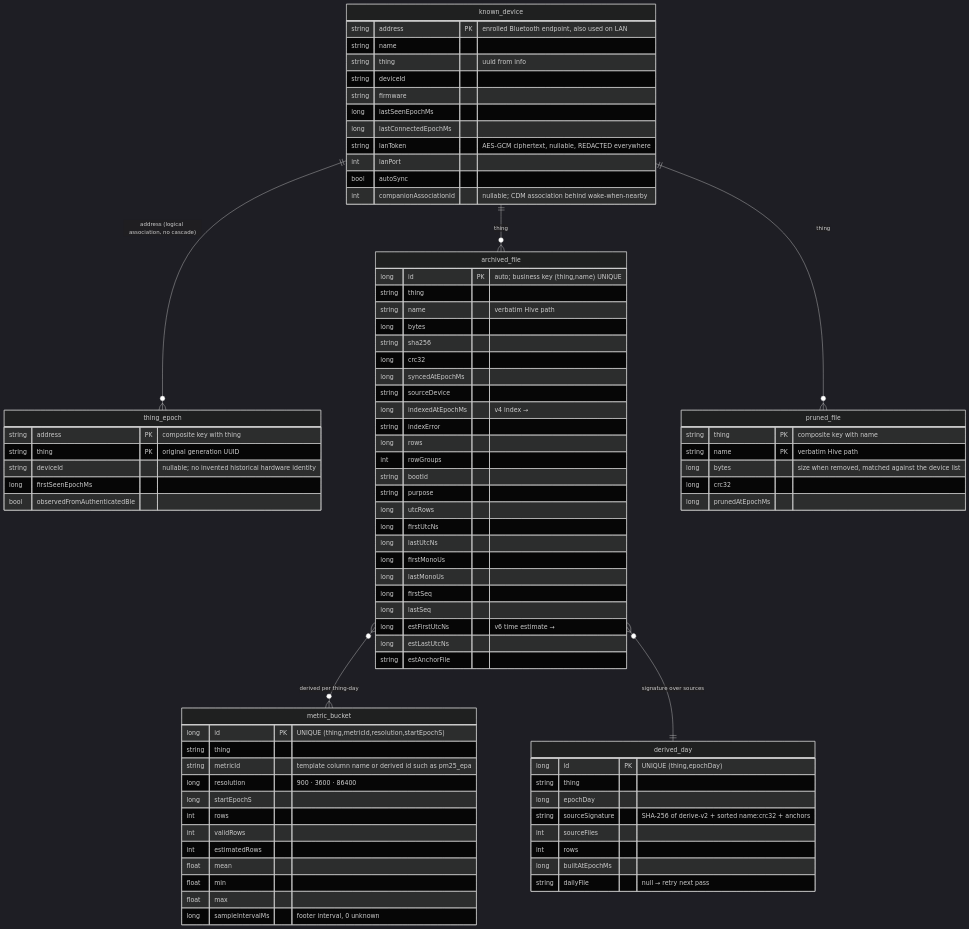
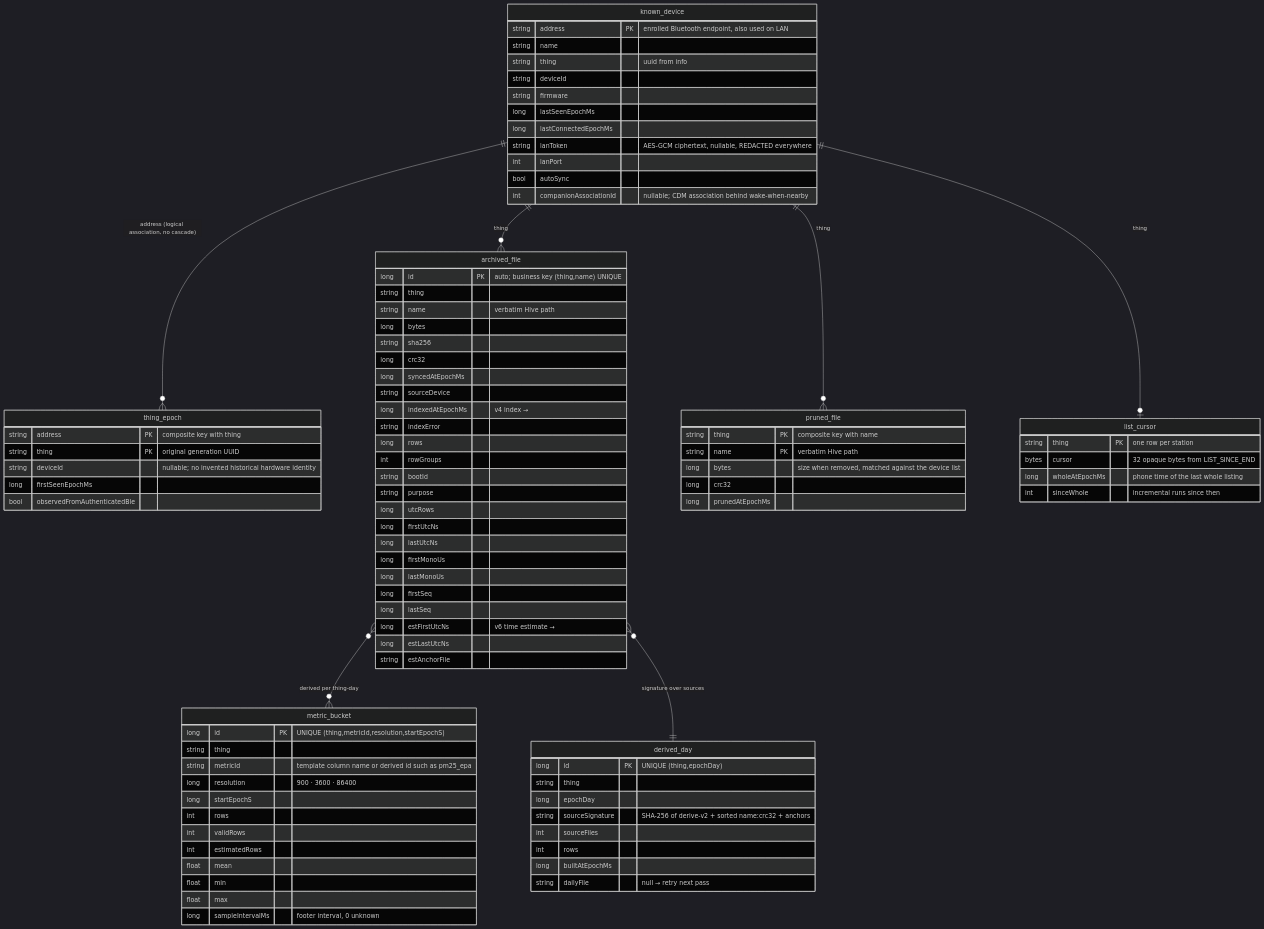
One commit to walkthru-earth/opensensor-space-mobile changed the first of 2 diagrams in docs/data-model.md. Above: the diagram before and after it, drawn with Mermaid (dark theme). The commit also changed other lines of this file and 35 other files, not shown here.

First line of the commit message:
Use the incremental file list when the firmware supports it (#236)

````diff
--- a/docs/data-model.md
+++ b/docs/data-model.md
@@ -106,9 +106,16 @@
     long crc32
     long prunedAtEpochMs
   }
+  list_cursor {
+    string thing PK "one row per station"
+    bytes cursor "32 opaque bytes from LIST_SINCE_END"
+    long wholeAtEpochMs "phone time of the last whole listing"
+    int sinceWhole "incremental runs since then"
+  }
   known_device ||--o{ archived_file : "thing"
   known_device ||--o{ thing_epoch : "address (logical association, no cascade)"
   archived_file }o--o{ metric_bucket : "derived per thing-day"
   archived_file }o--|| derived_day : "signature over sources"
   known_device ||--o{ pruned_file : "thing"
+  known_device ||--o| list_cursor : "thing"
 ```
````
